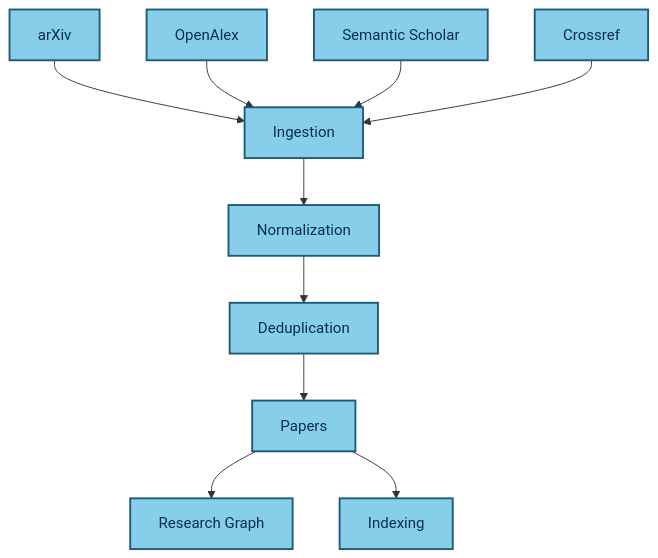
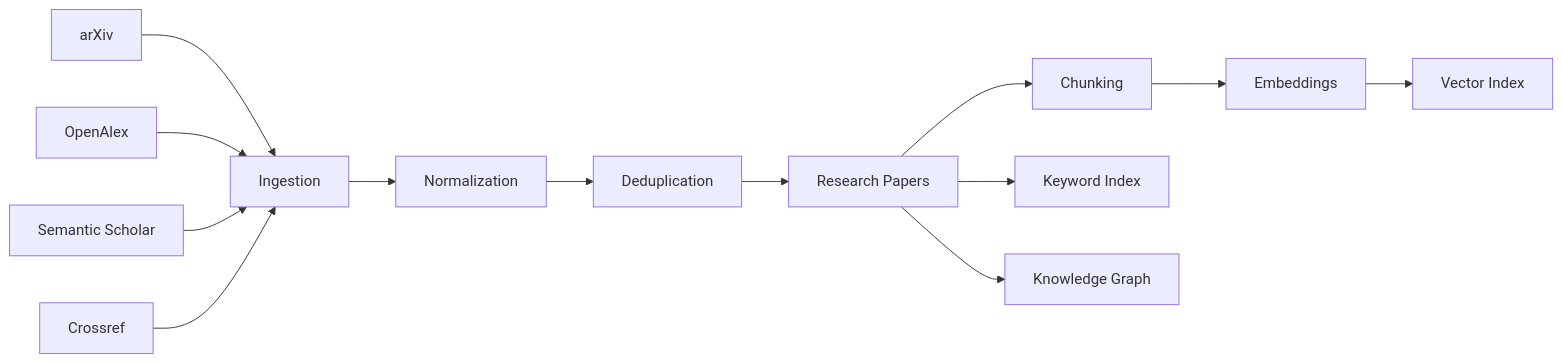
Before and after one commit to garimakumari44/ai_research_assistant: the first of 2 diagrams in README.md, drawn with Mermaid. The commit also changed other lines of this file, not shown here.

Commit message:
docs: update AI research assistant README

````diff
--- a/README.md
+++ b/README.md
@@ -423,31 +362,18 @@
 ```mermaid
-flowchart TD
+flowchart LR
+    A[arXiv] --> E[Ingestion]
+    B[OpenAlex] --> E
+    C[Semantic Scholar] --> E
+    D[Crossref] --> E
 
-    A[arXiv]
-    O[OpenAlex]
-    S[Semantic Scholar]
-    C[Crossref]
+    E --> F[Normalization]
+    F --> G[Deduplication]
+    G --> H[Research Papers]
 
-    I[Ingestion]
-    N[Normalization]
-    D[Deduplication]
+    H --> I[Chunking]
+    I --> J[Embeddings]
+    J --> K[Vector Index]
 
-    P[Papers]
-    G[Research Graph]
-    X[Indexing]
-
-    A --> I
-    O --> I
-    S --> I
-    C --> I
-
-    I --> N
-    N --> D
-
-    D --> P
-    P --> G
-    P --> X
-
-    classDef sky fill:#87CEEB,stroke:#1E5A78,color:#082F49,stroke-width:2px;
-    class A,O,S,C,I,N,D,P,G,X sky;
+    H --> L[Keyword Index]
+    H --> M[Knowledge Graph]
 ```
````
